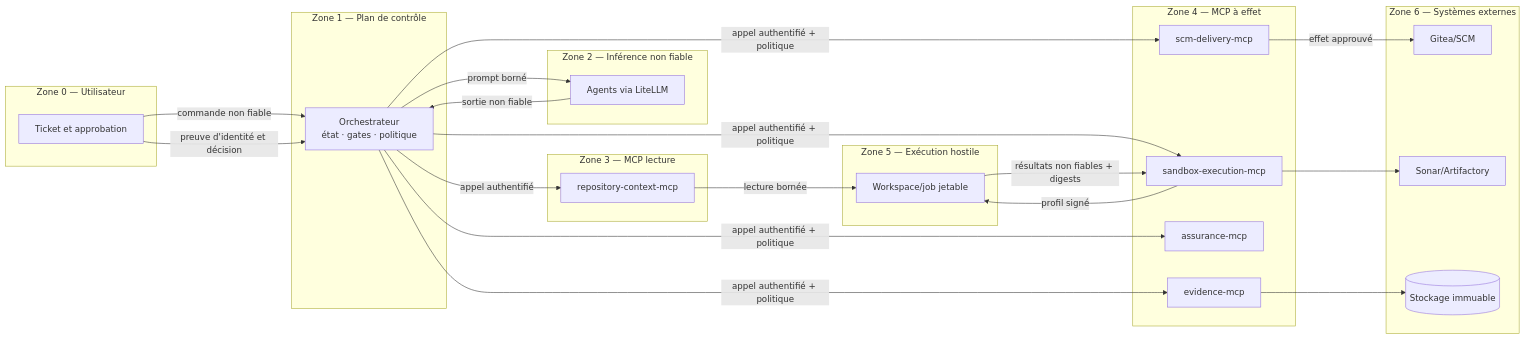
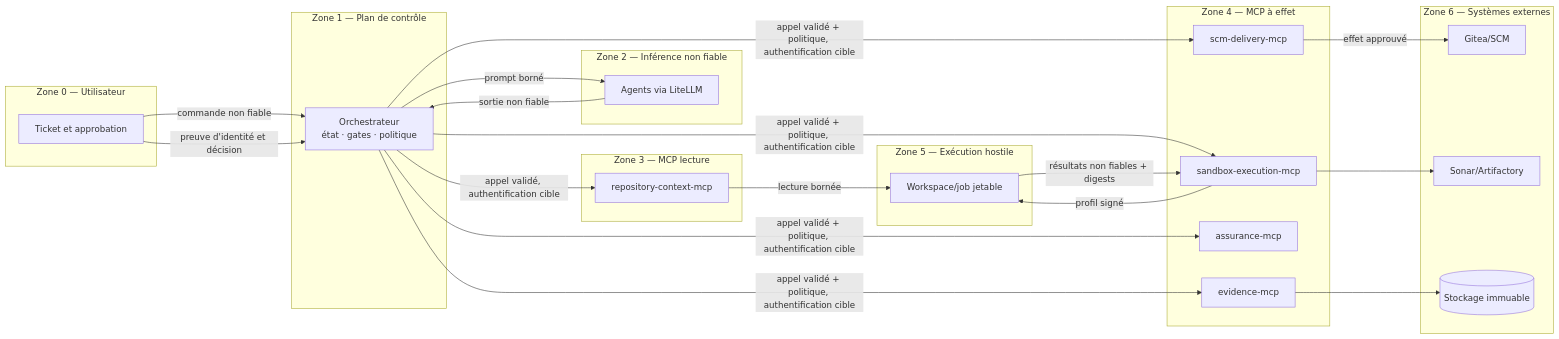
Before and after one commit to dbeaumont/ai-software-factory-local: the diagram in docs/mcp/MCP-004-actifs-frontieres-confiance.md, drawn with Mermaid. The commit also changed other lines of this file and 33 other files, not shown here.

````diff
--- a/docs/mcp/MCP-004-actifs-frontieres-confiance.md
+++ b/docs/mcp/MCP-004-actifs-frontieres-confiance.md
@@ -11,42 +14,42 @@
 ```mermaid
 flowchart LR
   subgraph Z0[Zone 0 — Utilisateur]
     U[Ticket et approbation]
   end
   subgraph Z1[Zone 1 — Plan de contrôle]
     O[Orchestrateur<br/>état · gates · politique]
   end
   subgraph Z2[Zone 2 — Inférence non fiable]
     L[Agents via LiteLLM]
   end
   subgraph Z3[Zone 3 — MCP lecture]
     C[repository-context-mcp]
   end
   subgraph Z4[Zone 4 — MCP à effet]
     S[sandbox-execution-mcp]
     D[scm-delivery-mcp]
     A[assurance-mcp]
     E[evidence-mcp]
   end
   subgraph Z5[Zone 5 — Exécution hostile]
     J[Workspace/job jetable]
   end
   subgraph Z6[Zone 6 — Systèmes externes]
     G[Gitea/SCM]
     Q[Sonar/Artifactory]
     B[(Stockage immuable)]
   end
 
   U -->|commande non fiable| O
   O -->|prompt borné| L
   L -->|sortie non fiable| O
-  O -->|appel authentifié| C
-  O -->|appel authentifié + politique| S & D & A & E
+  O -->|appel validé, authentification cible| C
+  O -->|appel validé + politique, authentification cible| S & D & A & E
   C -->|lecture bornée| J
   S -->|profil signé| J
   J -->|résultats non fiables + digests| S
   S --> Q
   D -->|effet approuvé| G
   E --> B
   U -->|preuve d'identité et décision| O
 ```
````
